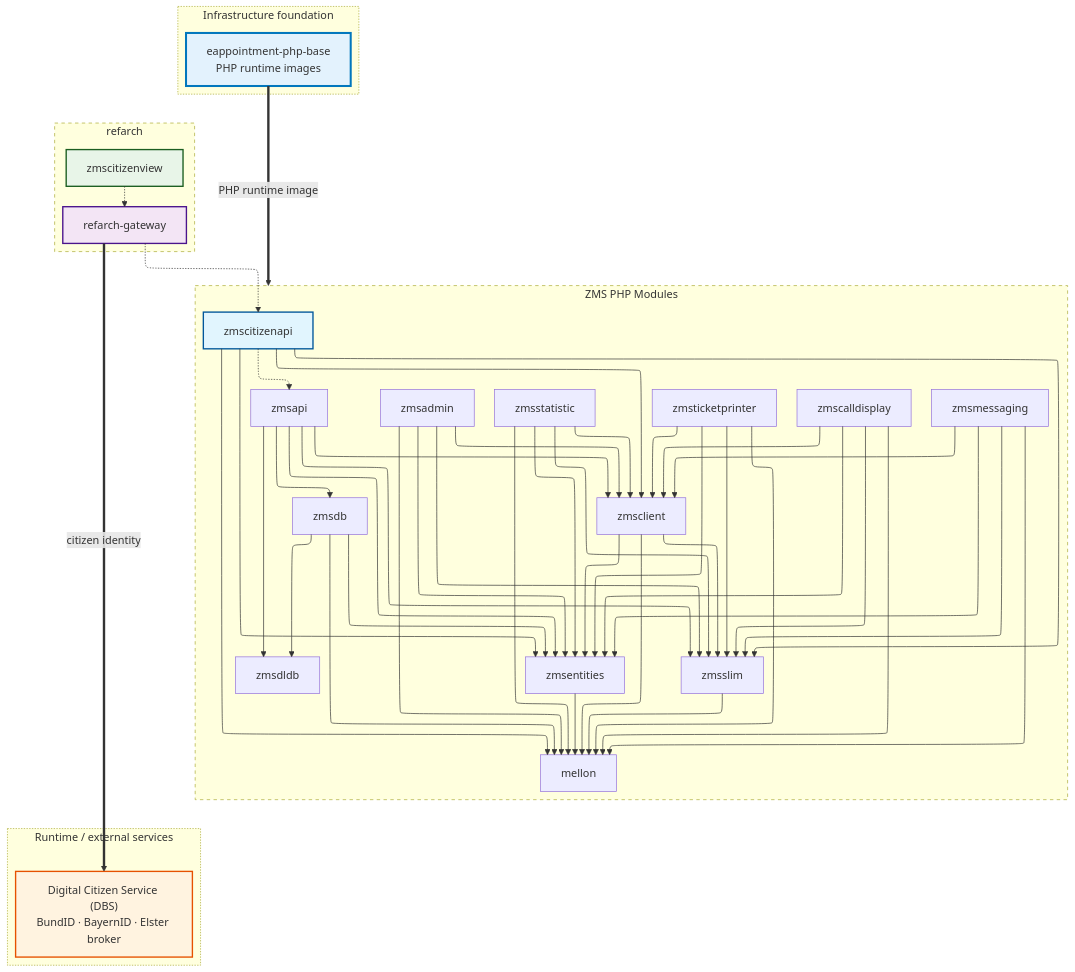
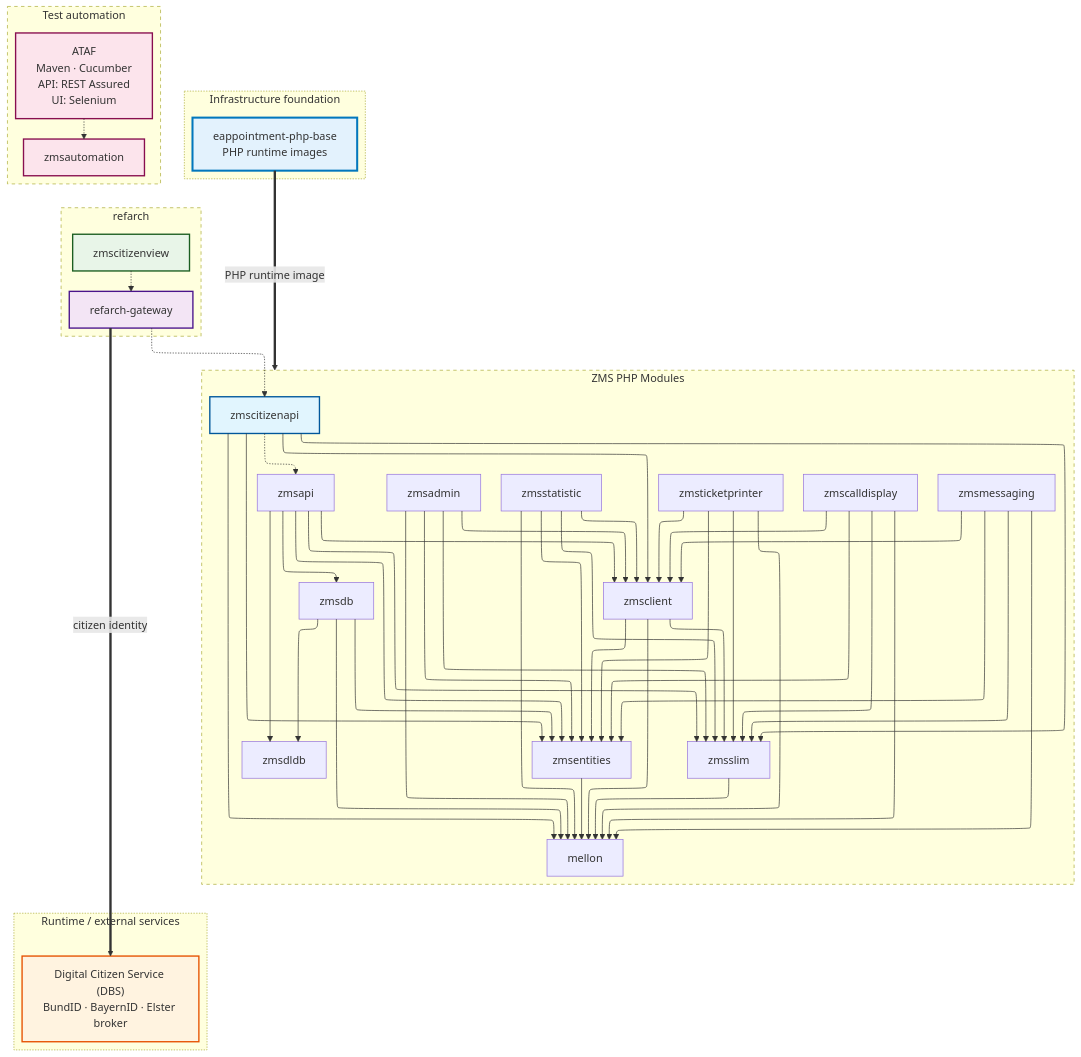
The diagram in docs/en/setup-and-development/development-rules/dependency-graph.md (it-at-m/eappointment), drawn with Mermaid before and after one commit. The commit also changed other lines of this file and 1 other file, not shown here.

Commit message:
docs(ZMSKVR): extend dependency graph with zmsautomation and ATAF
Add test-automation subgraph (ATAF → zmsautomation), REST Assured vs
Selenium wording, and prose for CI/local runners. EN/DE kept in sync.

````diff
--- a/docs/en/setup-and-development/development-rules/dependency-graph.md
+++ b/docs/en/setup-and-development/development-rules/dependency-graph.md
@@ -39,6 +42,9 @@
     %% Runtime / external services (thick)
     refarch-gateway ==>|citizen identity| dbs;
     phpbase ==>|PHP runtime image| zms_modules;
+
+    %% Test automation: ATAF supplies the stack; zmsautomation consumes it (targets: see section below)
+    ataf -.-> zmsautomation;
 
     %% Subgraphs
     subgraph refarch [refarch]
@@ -74,16 +80,25 @@
         phpbase["eappointment-php-base<br>PHP runtime images"]
     end
 
+    subgraph testing [Test automation]
+        style testing stroke-dasharray: 5
+        ataf["ATAF<br>Maven · Cucumber<br>API: REST Assured<br>UI: Selenium"]
+        zmsautomation
+    end
+
     %% Styling
     classDef citizenapi fill:#e1f5fe,stroke:#01579b,stroke-width:2px;
     classDef gateway fill:#f3e5f5,stroke:#4a148c,stroke-width:2px;
     classDef citizenview fill:#e8f5e8,stroke:#1b5e20,stroke-width:2px;
     classDef runtimeSvc fill:#fff3e0,stroke:#e65100,stroke-width:2px;
     classDef infra fill:#e3f2fd,stroke:#0277bd,stroke-width:3px;
+    classDef automation fill:#fce4ec,stroke:#880e4f,stroke-width:2px;
 
     class zmscitizenapi citizenapi;
     class refarch-gateway gateway;
     class zmscitizenview citizenview;
     class dbs runtimeSvc;
     class phpbase infra;
+    class zmsautomation automation;
+    class ataf automation;
 ```
````
